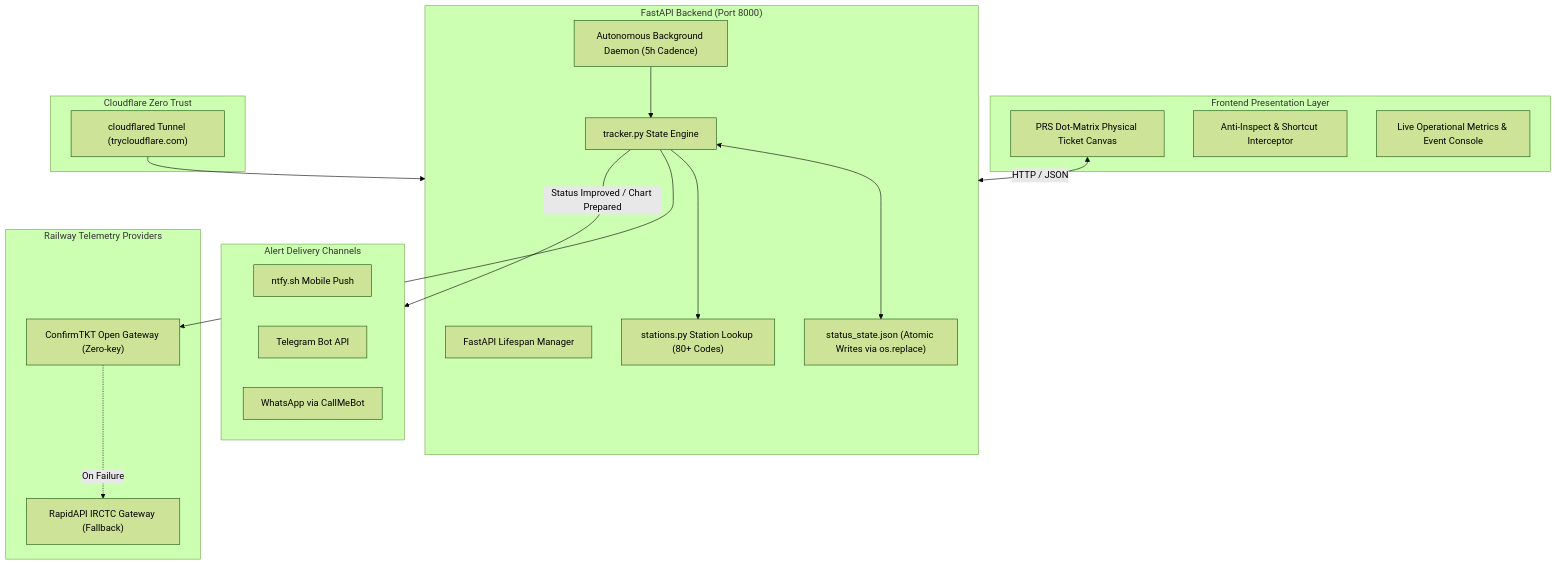
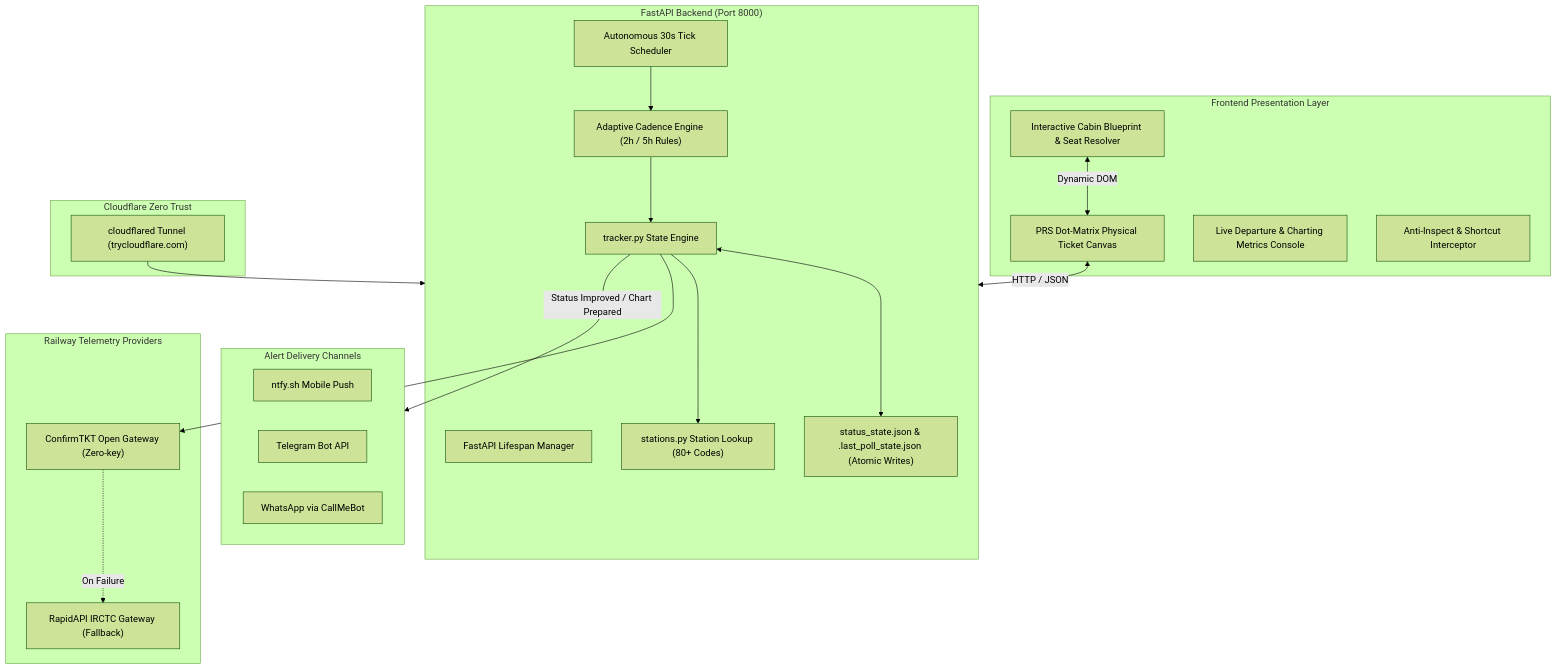
Before and after one commit to imshivanshutiwari/irctc-pnr-notifier: the diagram in README.md, drawn with Mermaid (forest theme). The commit also changed other lines of this file, not shown here.

Commit message:
docs: comprehensive update of README.md with berth engine, adaptive cadence, and live telemetry architecture

````diff
--- a/README.md
+++ b/README.md
@@ -52,40 +59,44 @@
 ```mermaid
 flowchart TD
     subgraph Client["Frontend Presentation Layer"]
         UI["PRS Dot-Matrix Physical Ticket Canvas"]
+        Blueprint["Interactive Cabin Blueprint & Seat Resolver"]
+        TelematicsBar["Live Departure & Charting Metrics Console"]
         AntiInspect["Anti-Inspect & Shortcut Interceptor"]
-        TelematicsBar["Live Operational Metrics & Event Console"]
     end
 
     subgraph Server["FastAPI Backend (Port 8000)"]
         Lifespan["FastAPI Lifespan Manager"]
-        Daemon["Autonomous Background Daemon (5h Cadence)"]
+        Cadence["Adaptive Cadence Engine (2h / 5h Rules)"]
+        Daemon["Autonomous 30s Tick Scheduler"]
         Tracker["tracker.py State Engine"]
         StationDB["stations.py Station Lookup (80+ Codes)"]
-        Persistence["status_state.json (Atomic Writes via os.replace)"]
+        Persistence["status_state.json & .last_poll_state.json (Atomic Writes)"]
     end
 
     subgraph Gateways["Railway Telemetry Providers"]
         PrimaryGW["ConfirmTKT Open Gateway (Zero-key)"]
         FallbackGW["RapidAPI IRCTC Gateway (Fallback)"]
     end
 
     subgraph Dispatch["Alert Delivery Channels"]
         ntfy["ntfy.sh Mobile Push"]
         TG["Telegram Bot API"]
         WA["WhatsApp via CallMeBot"]
     end
 
     subgraph Edge["Cloudflare Zero Trust"]
         CFTunnel["cloudflared Tunnel (trycloudflare.com)"]
     end
 
     UI <-->|HTTP / JSON| Server
+    Blueprint <-->|Dynamic DOM| UI
     CFTunnel --> Server
-    Daemon --> Tracker
+    Daemon --> Cadence
+    Cadence --> Tracker
     Tracker <--> Persistence
     Tracker --> StationDB
     Tracker --> PrimaryGW
     PrimaryGW -.->|On Failure| FallbackGW
     Tracker -->|Status Improved / Chart Prepared| Dispatch
 ```
````
